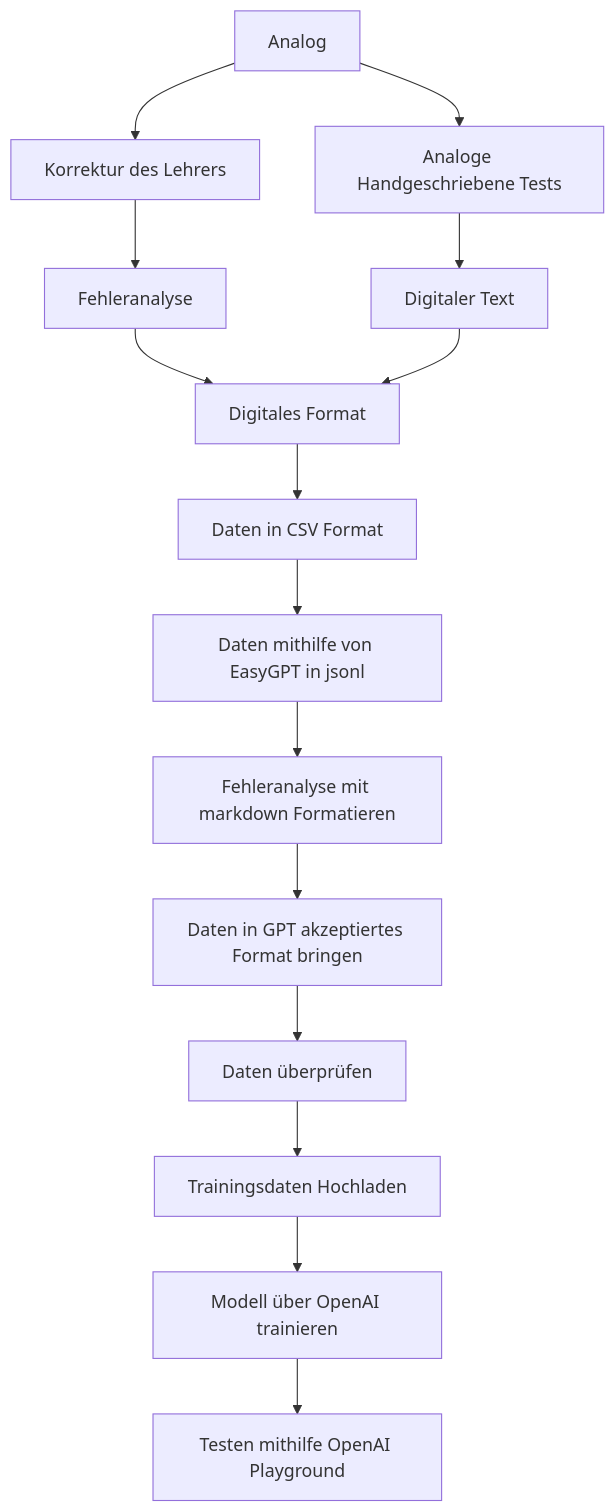
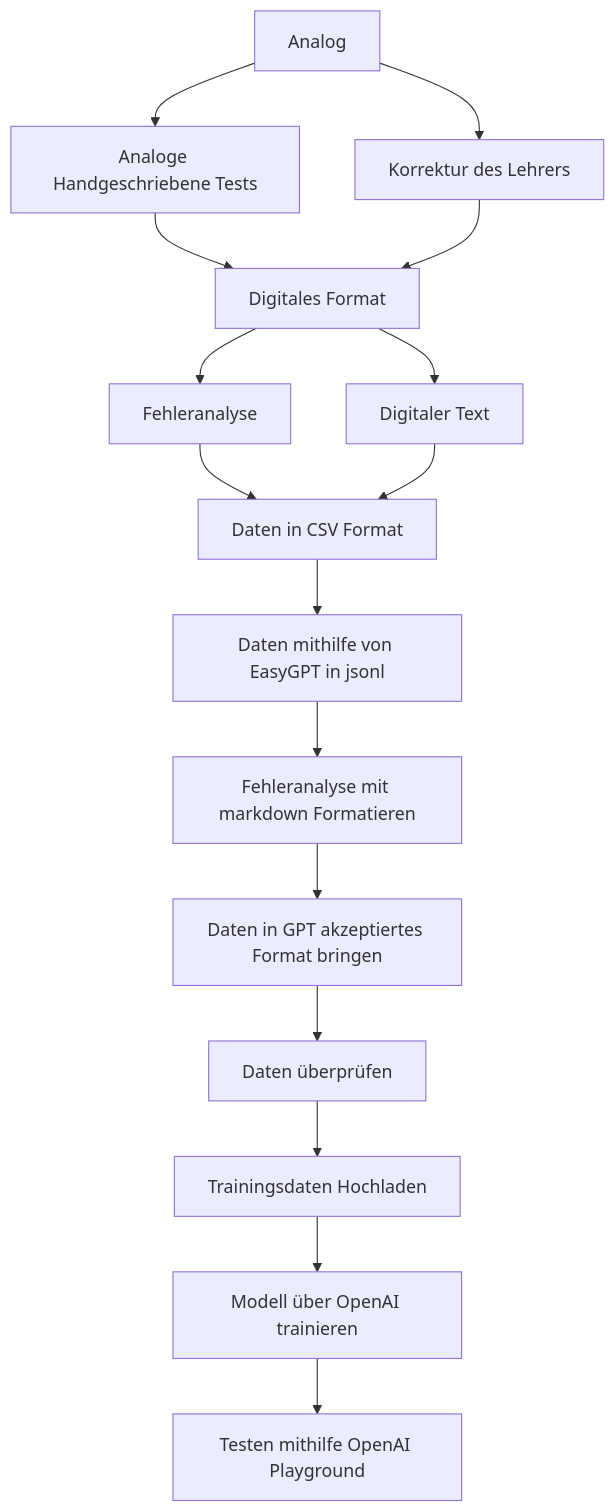
One commit to cheatoskar/visit-AutoGrade.AI changed the diagram in README.md. Above: the diagram before and after it, drawn with Mermaid.

````diff
--- a/README.md
+++ b/README.md
@@ -78,19 +78,22 @@
 ```mermaid
 graph TD;
     A[Analog] --> B;
     A[Analog] --> D;
-    B[Analoge Handgeschriebene Tests] --> C[Digitaler Text];
-    D[Korrektur des Lehrers] --> E[Fehleranalyse];
+    B[Analoge Handgeschriebene Tests]
+    D[Korrektur des Lehrers] 
 
-    E--> F[Digitales Format]
-    C--> F
-    F--> G[Daten in CSV Format]
+    B--> F[Digitales Format]
+    D--> F
+    F--> C[Digitaler Text];
+    F --> E[Fehleranalyse];
+    E--> G[Daten in CSV Format]
+    C--> G
     G--> H[Daten mithilfe von EasyGPT in jsonl]
     H--> I[Fehleranalyse mit markdown Formatieren]
     I--> J[Daten in GPT akzeptiertes Format bringen]
     J--> K[Daten überprüfen]
     K--> L[Trainingsdaten Hochladen]
     L--> N[Modell über OpenAI trainieren]
     N--> M[Testen mithilfe OpenAI Playground]
 
 ```
````
